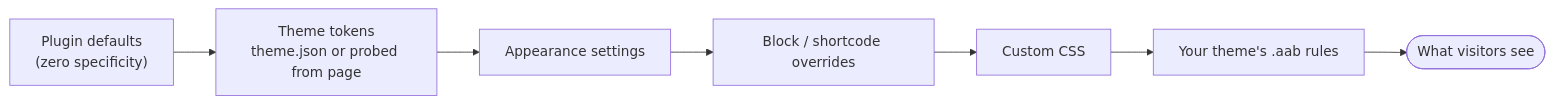
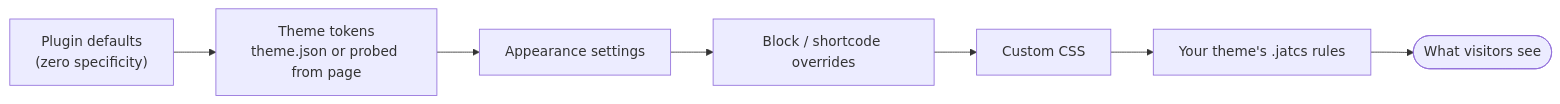
One commit to CptNope/JAT-Calendar-Sync changed the tenth of 10 diagrams in README.md. Above: the diagram before and after it, drawn with Mermaid. The commit also changed other lines of this file and 64 other files, not shown here.

````diff
--- a/README.md
+++ b/README.md
@@ -443,9 +538,9 @@
 ```mermaid
 flowchart LR
     A["Plugin defaults<br/>(zero specificity)"] --> B["Theme tokens<br/>theme.json or probed from page"]
     B --> C["Appearance settings"]
     C --> D["Block / shortcode overrides"]
     D --> E["Custom CSS"]
-    E --> F["Your theme's .aab rules"]
+    E --> F["Your theme's .jatcs rules"]
     F --> G(["What visitors see"])
 ```
````
